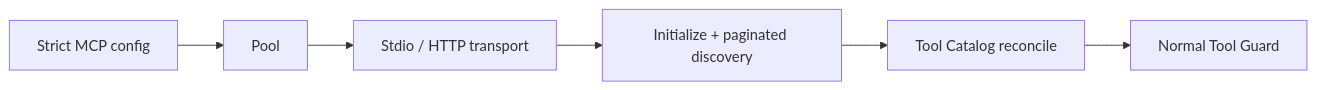
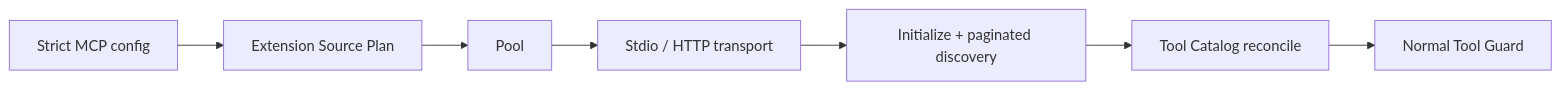
Before and after one commit to fwtllh-png/CodeHelper: the diagram in docs/book/en/11-extension-ecosystem/03-integrating-mcp.md, drawn with Mermaid. The commit also changed other lines of this file and 314 other files, not shown here.

````diff
--- a/docs/book/en/11-extension-ecosystem/03-integrating-mcp.md
+++ b/docs/book/en/11-extension-ecosystem/03-integrating-mcp.md
@@ -36,8 +41,9 @@
 ```mermaid
 flowchart LR
-    C[Strict MCP config] --> P[Pool]
+    C[Strict MCP config] --> E[Extension Source Plan]
+    E --> P[Pool]
     P --> T[Stdio / HTTP transport]
     T --> D[Initialize + paginated discovery]
     D --> R[Tool Catalog reconcile]
     R --> G[Normal Tool Guard]
 ```
````
